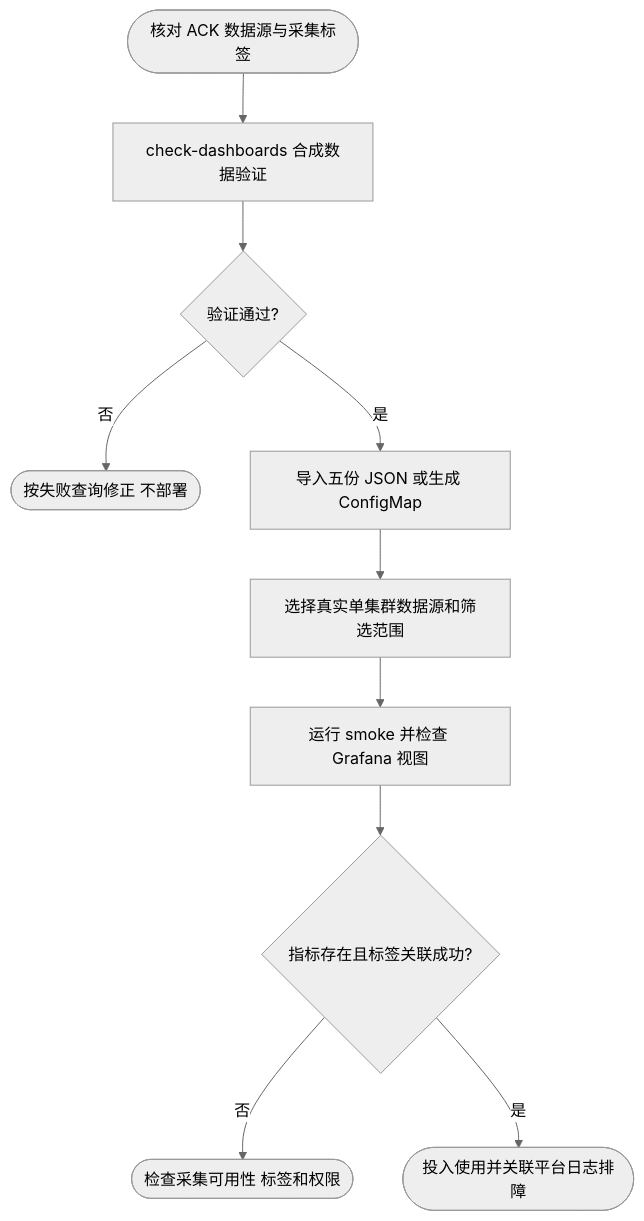
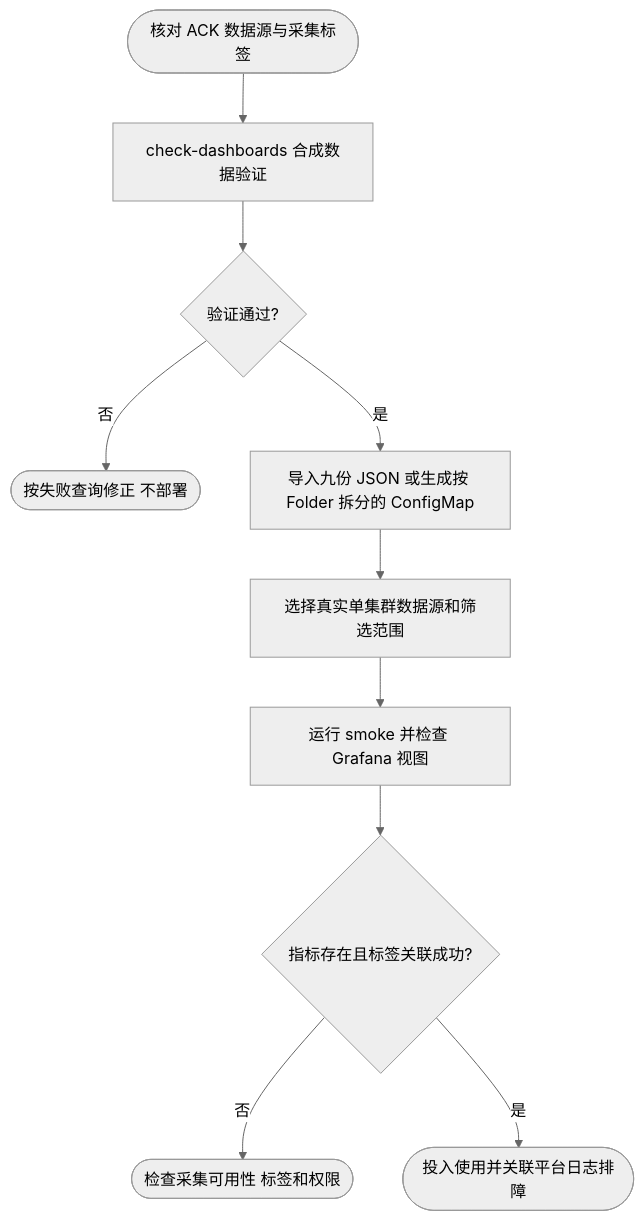
Before and after one commit to jaggerzhuang1994/kratos-foundation: the diagram in deploy/observability/README.md, drawn with Mermaid (neutral theme). The commit also changed other lines of this file and 23 other files, not shown here.

````diff
--- a/deploy/observability/README.md
+++ b/deploy/observability/README.md
@@ -62,12 +68,12 @@
 ```mermaid
 flowchart TD
     A([核对 ACK 数据源与采集标签]) --> B[check-dashboards 合成数据验证]
     B --> C{验证通过?}
     C -- 否 --> D([按失败查询修正 不部署])
-    C -- 是 --> E[导入五份 JSON 或生成 ConfigMap]
+    C -- 是 --> E[导入九份 JSON 或生成按 Folder 拆分的 ConfigMap]
     E --> F[选择真实单集群数据源和筛选范围]
     F --> G[运行 smoke 并检查 Grafana 视图]
     G --> H{指标存在且标签关联成功?}
     H -- 否 --> I([检查采集可用性 标签和权限])
     H -- 是 --> J([投入使用并关联平台日志排障])
 ```
````
